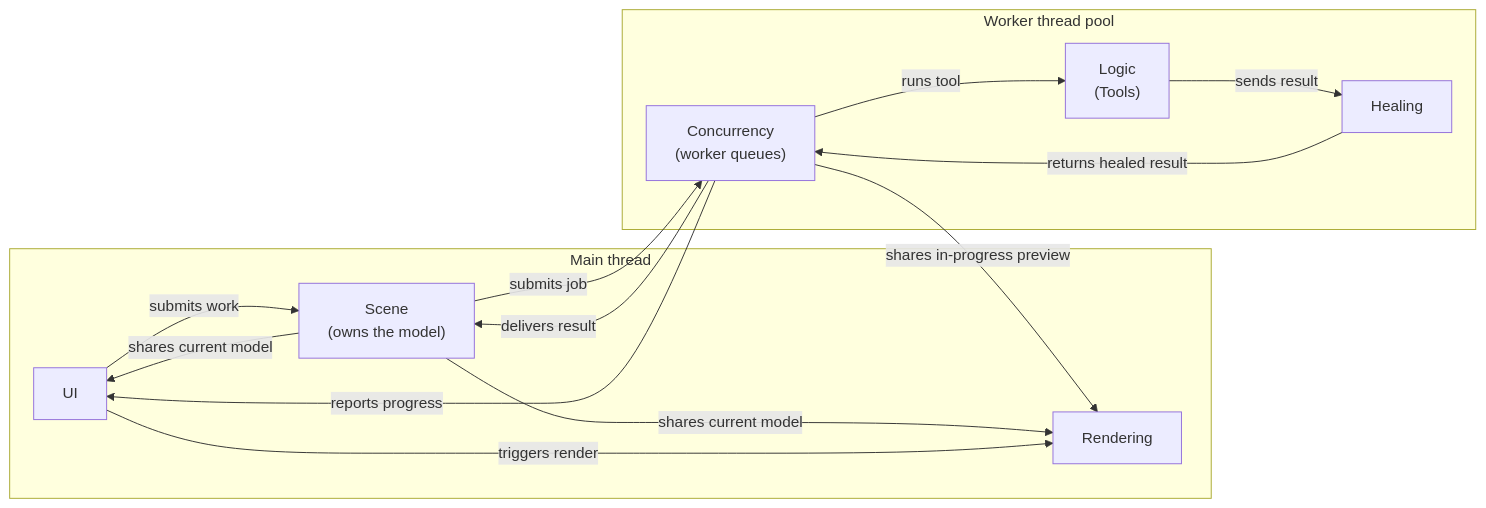
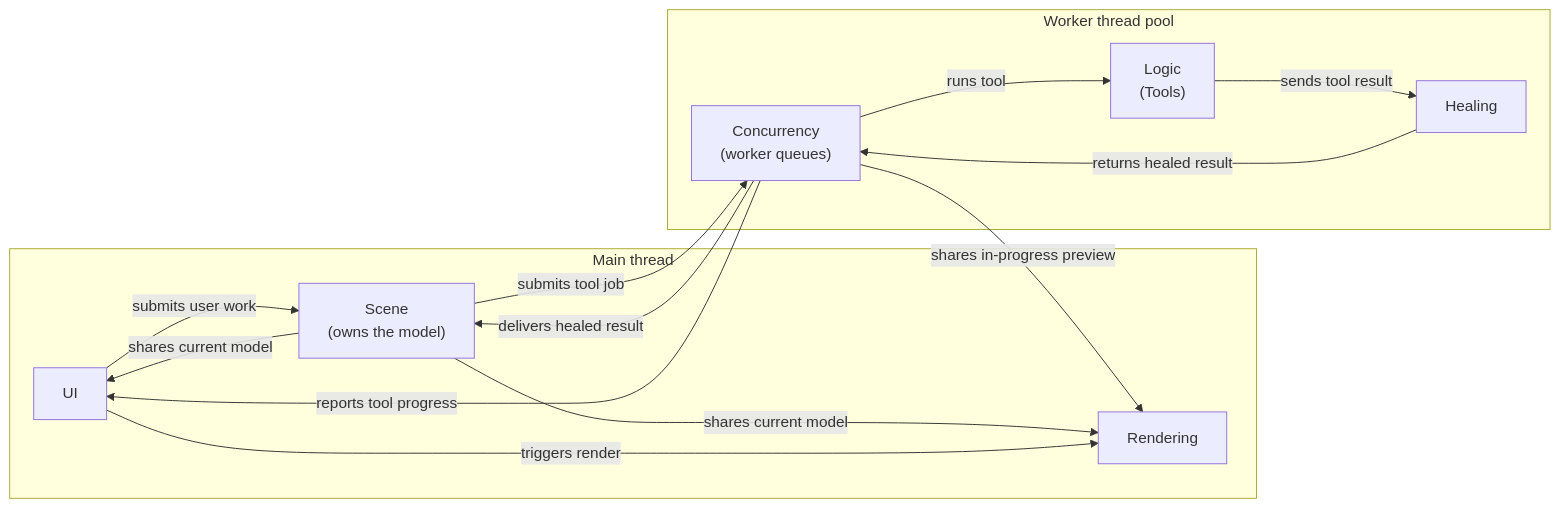
Before and after one commit to NikolaiIFedorov/3d-print-analyser: the first of 6 diagrams in docs/architecture.md, drawn with Mermaid. The commit also changed other lines of this file, not shown here.

Commit message:
Clarifications

````diff
--- a/docs/architecture.md
+++ b/docs/architecture.md
@@ -54,25 +54,25 @@
 ```mermaid
 flowchart LR
     subgraph Main["Main thread"]
     UI["UI"]
     Scene["Scene<br/>(owns the model)"]
     Rendering["Rendering"]
     end
     subgraph Worker["Worker thread pool"]
     Concurrency["Concurrency<br/>(worker queues)"]
     Logic["Logic<br/>(Tools)"]
     Healing["Healing"]
     end
 
-    UI -- "submits work" --> Scene
-    Scene -- "submits job" --> Concurrency
+    UI -- "submits user work" --> Scene
+    Scene -- "submits tool job" --> Concurrency
     Concurrency -- "runs tool" --> Logic
-    Logic -- "sends result" --> Healing
+    Logic -- "sends tool result" --> Healing
     Healing -- "returns healed result" --> Concurrency
-    Concurrency -- "delivers result" --> Scene
-    Concurrency -- "reports progress" --> UI
+    Concurrency -- "delivers healed result" --> Scene
+    Concurrency -- "reports tool progress" --> UI
     Concurrency -- "shares in-progress preview" --> Rendering
     Scene -- "shares current model" --> Rendering
     Scene -- "shares current model" --> UI
     UI -- "triggers render" --> Rendering
 ```
````
